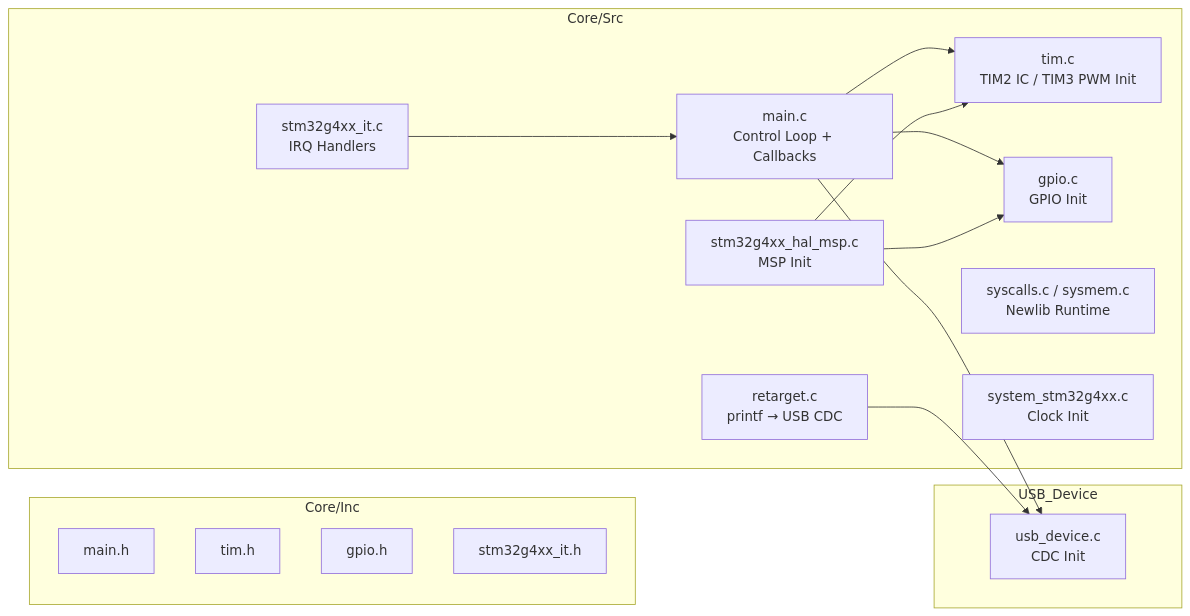
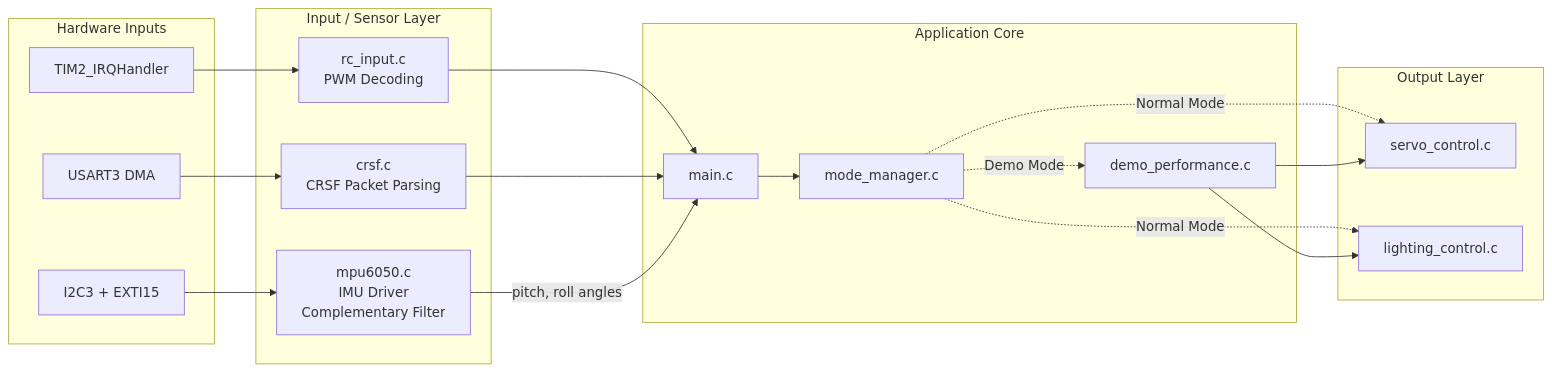
One commit to QT3112/STM32G4_Lighting changed the second of 4 diagrams in docs/firmware_architecture.md. Above: the diagram before and after it, drawn with Mermaid. The commit also changed other lines of this file and 28 other files, not shown here.

````diff
--- a/docs/firmware_architecture.md
+++ b/docs/firmware_architecture.md
@@ -113,32 +99,41 @@
 ```mermaid
 graph LR
-    subgraph "Core/Inc"
-        mh[main.h]
-        th[tim.h]
-        gh[gpio.h]
-        ith[stm32g4xx_it.h]
+    subgraph "Hardware Inputs"
+        TIM2[TIM2_IRQHandler]
+        UART3[USART3 DMA]
+        I2C1_HW[I2C3 + EXTI15]
     end
 
-    subgraph "Core/Src"
-        mc[main.c\nControl Loop + Callbacks]
-        tc[tim.c\nTIM2 IC / TIM3 PWM Init]
-        gc[gpio.c\nGPIO Init]
-        ic[stm32g4xx_it.c\nIRQ Handlers]
-        msp[stm32g4xx_hal_msp.c\nMSP Init]
-        rc[retarget.c\nprintf → USB CDC]
-        sc[syscalls.c / sysmem.c\nNewlib Runtime]
-        sysc[system_stm32g4xx.c\nClock Init]
+    subgraph "Input / Sensor Layer"
+        RC[rc_input.c\nPWM Decoding]
+        CRSF[crsf.c\nCRSF Packet Parsing]
+        MPU[mpu6050.c\nIMU Driver\nComplementary Filter]
     end
 
-    subgraph "USB_Device"
-        usb[usb_device.c\nCDC Init]
+    subgraph "Application Core"
+        MAIN[main.c]
+        MODE[mode_manager.c]
+        DEMO[demo_performance.c]
     end
 
-    mc --> tc
-    mc --> gc
-    mc --> usb
-    ic --> mc
-    msp --> tc
-    msp --> gc
-    rc --> usb
+    subgraph "Output Layer"
+        SRV[servo_control.c]
+        LGT[lighting_control.c]
+    end
+
+    TIM2 --> RC
+    UART3 --> CRSF
+    I2C1_HW --> MPU
+
+    RC --> MAIN
+    CRSF --> MAIN
+    MPU -->|pitch, roll angles| MAIN
+
+    MAIN --> MODE
+    MODE -.->|Normal Mode| SRV
+    MODE -.->|Normal Mode| LGT
+    MODE -.->|Demo Mode| DEMO
+
+    DEMO --> SRV
+    DEMO --> LGT
 ```
````
